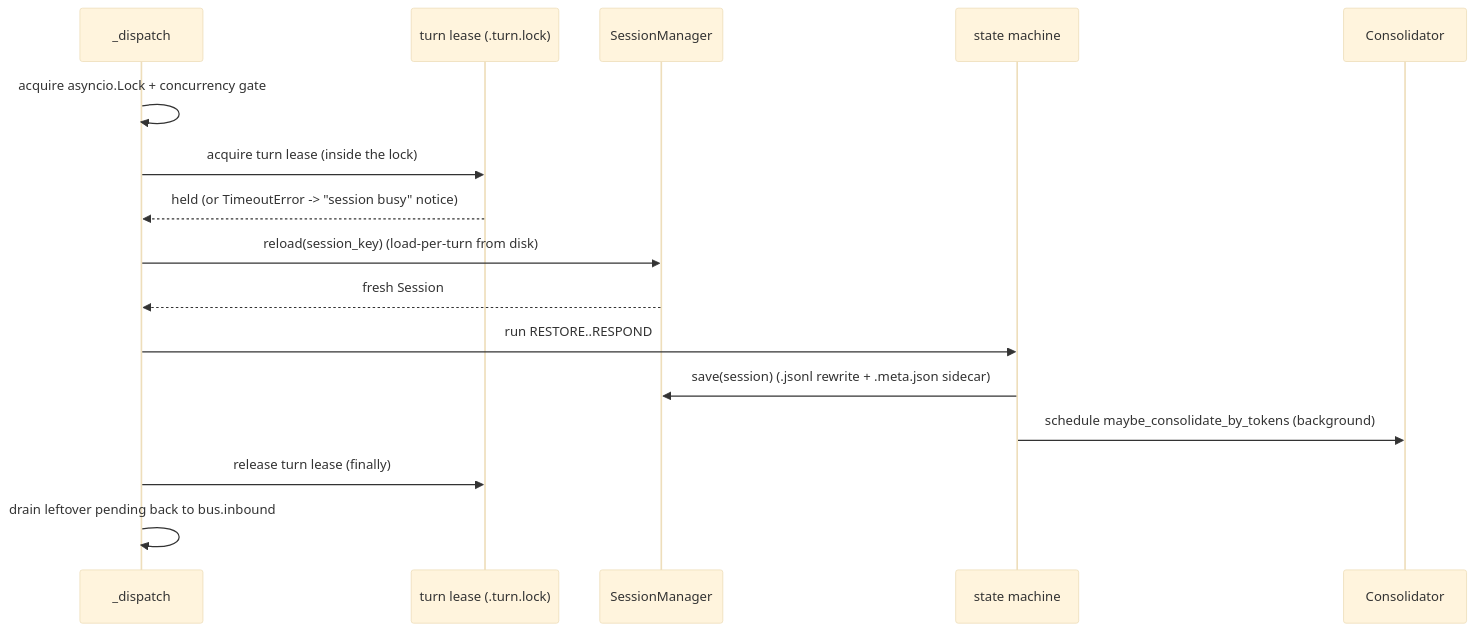
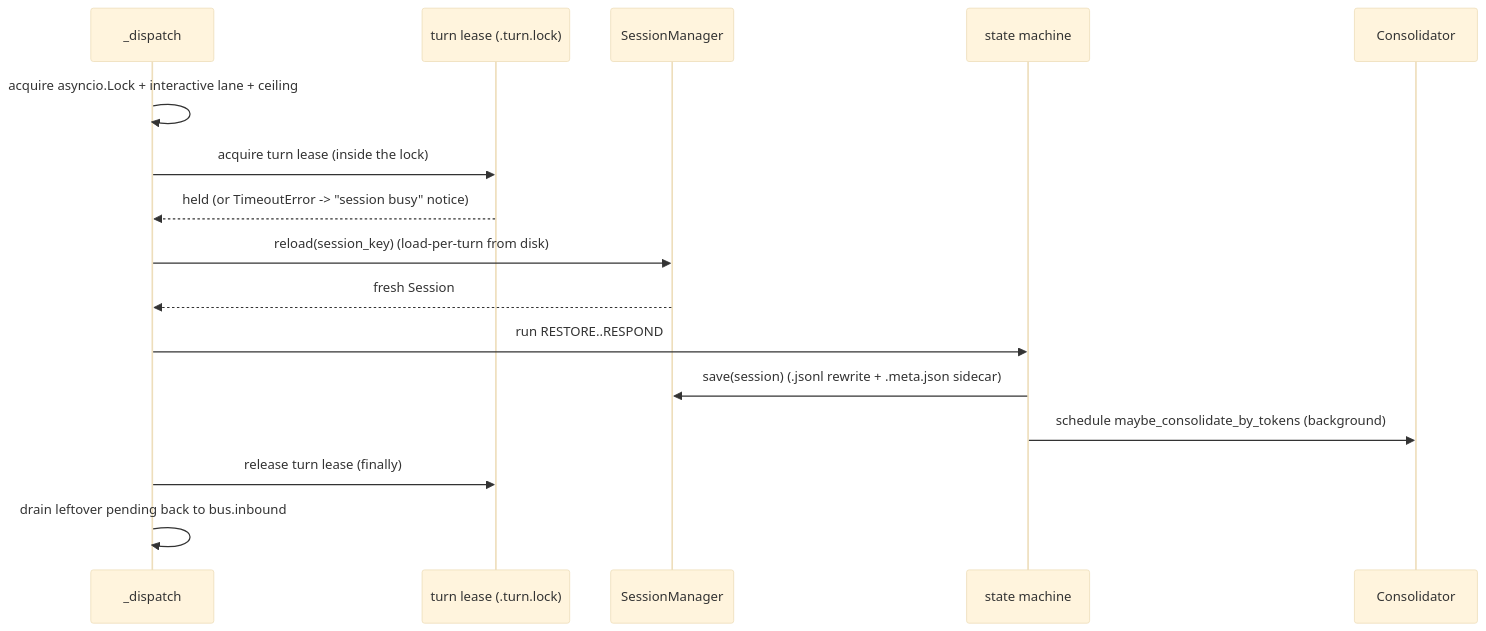
The third of 3 diagrams in docs/internals/loop.md (mmarmol/durin), drawn with Mermaid (base theme) before and after one commit. The commit also changed other lines of this file and 11 other files, not shown here.

First line of the commit message:
Concurrency lanes + shared global ceiling (fix subagent bypass) (#227)

````diff
--- a/docs/internals/loop.md
+++ b/docs/internals/loop.md
@@ -126,19 +126,19 @@
 ```mermaid
 sequenceDiagram
     participant D as _dispatch
     participant L as turn lease (.turn.lock)
     participant SM as SessionManager
     participant ST as state machine
     participant C as Consolidator
 
-    D->>D: acquire asyncio.Lock + concurrency gate
+    D->>D: acquire asyncio.Lock + interactive lane + ceiling
     D->>L: acquire turn lease (inside the lock)
     L-->>D: held (or TimeoutError -> "session busy" notice)
     D->>SM: reload(session_key)  (load-per-turn from disk)
     SM-->>D: fresh Session
     D->>ST: run RESTORE..RESPOND
     ST->>SM: save(session)  (.jsonl rewrite + .meta.json sidecar)
     ST->>C: schedule maybe_consolidate_by_tokens (background)
     D->>L: release turn lease (finally)
     D->>D: drain leftover pending back to bus.inbound
 ```
````
